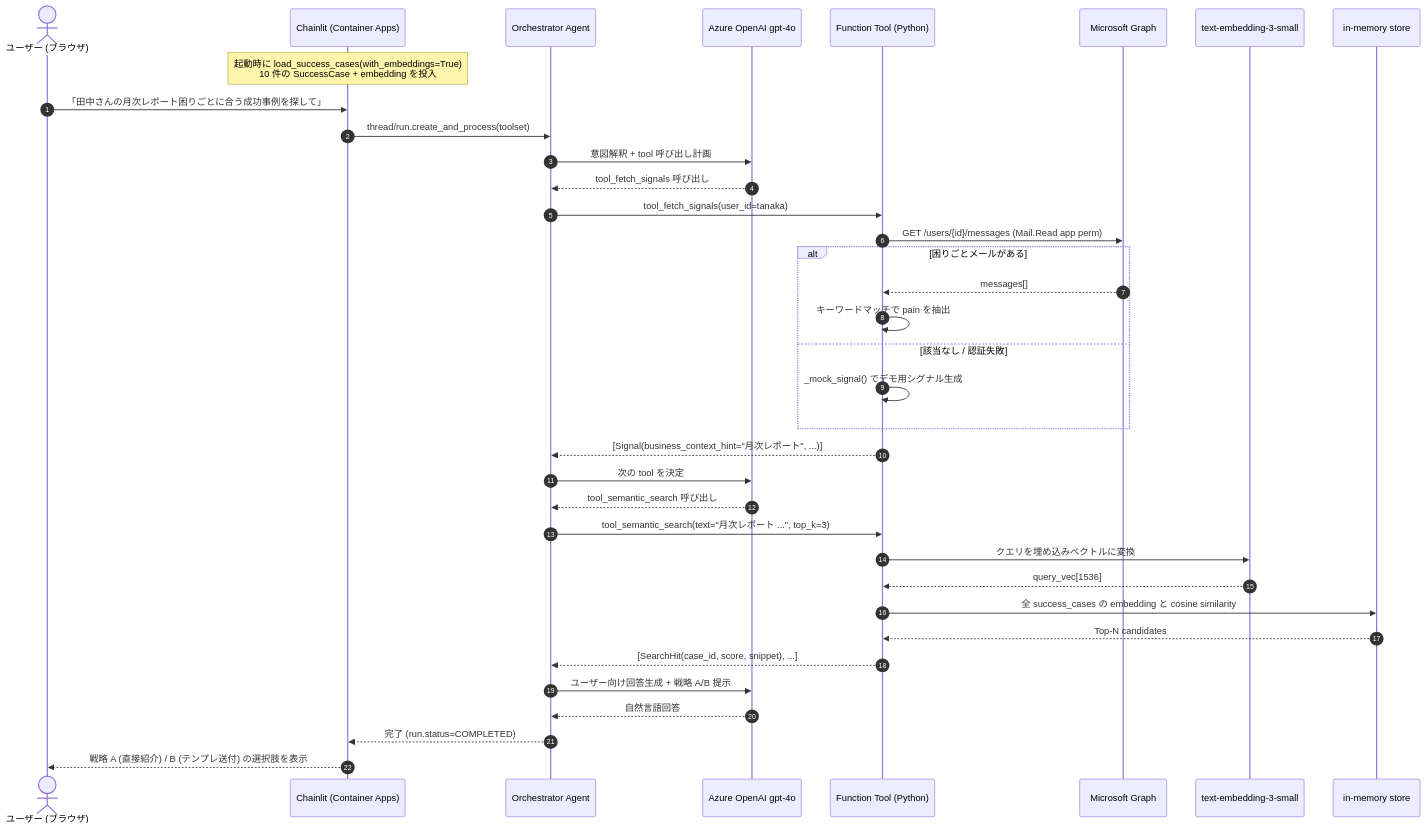
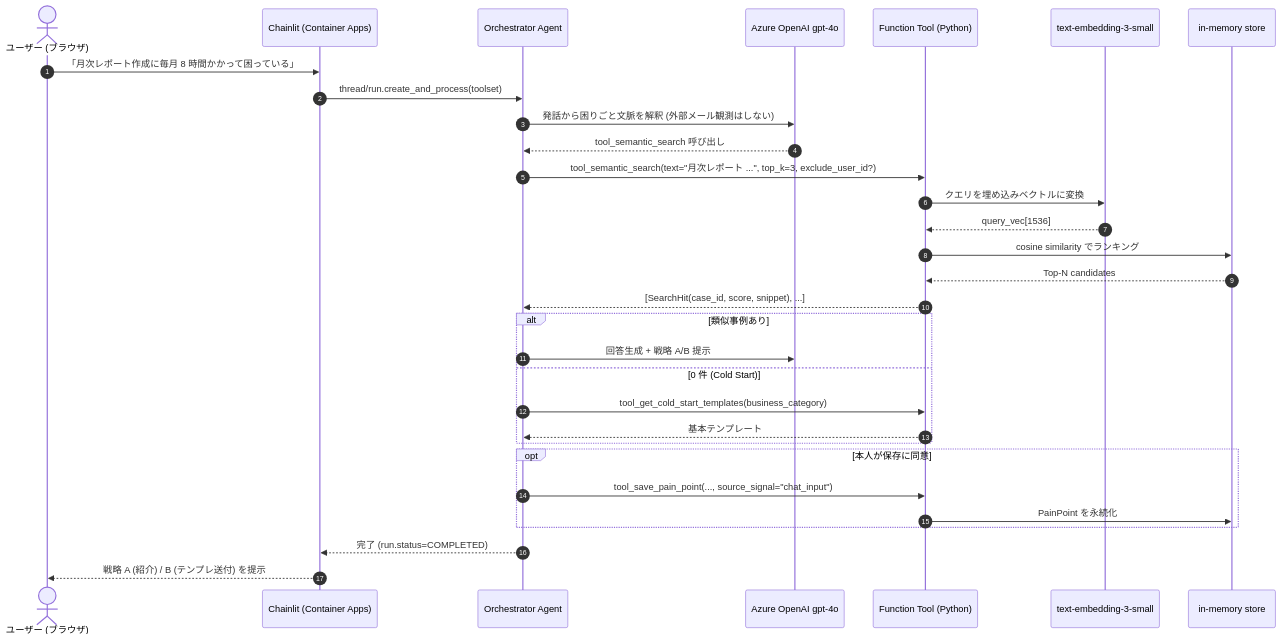
The fourth of 8 diagrams in docs/architecture.md (motoshifurugen/microsoft-agent-hackathon), drawn with Mermaid before and after one commit. The commit also changed other lines of this file and 1 other file, not shown here.

First line of the commit message:
docs: update architecture to post-email-detection design

````diff
--- a/docs/architecture.md
+++ b/docs/architecture.md
@@ -131,39 +168,34 @@
 ```mermaid
 sequenceDiagram
     autonumber
     actor User as ユーザー (ブラウザ)
     participant Chainlit as Chainlit (Container Apps)
     participant Orch as Orchestrator Agent
     participant LLM as Azure OpenAI gpt-4o
     participant Tool as Function Tool (Python)
-    participant Graph as Microsoft Graph
     participant Embed as text-embedding-3-small
     participant Mem as in-memory store
 
-    Note over Chainlit: 起動時に load_success_cases(with_embeddings=True)<br/>10 件の SuccessCase + embedding を投入
-    User->>Chainlit: 「田中さんの月次レポート困りごとに合う成功事例を探して」
+    User->>Chainlit: 「月次レポート作成に毎月 8 時間かかって困っている」
     Chainlit->>Orch: thread/run.create_and_process(toolset)
-    Orch->>LLM: 意図解釈 + tool 呼び出し計画
-    LLM-->>Orch: tool_fetch_signals 呼び出し
-    Orch->>Tool: tool_fetch_signals(user_id=tanaka)
-    Tool->>Graph: GET /users/{id}/messages (Mail.Read app perm)
-    alt 困りごとメールがある
-        Graph-->>Tool: messages[]
-        Tool->>Tool: キーワードマッチで pain を抽出
-    else 該当なし / 認証失敗
-        Tool->>Tool: _mock_signal() でデモ用シグナル生成
-    end
-    Tool-->>Orch: [Signal(business_context_hint="月次レポート", ...)]
-    Orch->>LLM: 次の tool を決定
+    Orch->>LLM: 発話から困りごと文脈を解釈 (外部メール観測はしない)
     LLM-->>Orch: tool_semantic_search 呼び出し
-    Orch->>Tool: tool_semantic_search(text="月次レポート ...", top_k=3)
+    Orch->>Tool: tool_semantic_search(text="月次レポート ...", top_k=3, exclude_user_id?)
     Tool->>Embed: クエリを埋め込みベクトルに変換
     Embed-->>Tool: query_vec[1536]
-    Tool->>Mem: 全 success_cases の embedding と cosine similarity
+    Tool->>Mem: cosine similarity でランキング
     Mem-->>Tool: Top-N candidates
     Tool-->>Orch: [SearchHit(case_id, score, snippet), ...]
-    Orch->>LLM: ユーザー向け回答生成 + 戦略 A/B 提示
-    LLM-->>Orch: 自然言語回答
+    alt 類似事例あり
+        Orch->>LLM: 回答生成 + 戦略 A/B 提示
+    else 0 件 (Cold Start)
+        Orch->>Tool: tool_get_cold_start_templates(business_category)
+        Tool-->>Orch: 基本テンプレート
+    end
+    opt 本人が保存に同意
+        Orch->>Tool: tool_save_pain_point(..., source_signal="chat_input")
+        Tool->>Mem: PainPoint を永続化
+    end
     Orch-->>Chainlit: 完了 (run.status=COMPLETED)
-    Chainlit-->>User: 戦略 A (直接紹介) / B (テンプレ送付) の選択肢を表示
+    Chainlit-->>User: 戦略 A (紹介) / B (テンプレ送付) を提示
 ```
````
